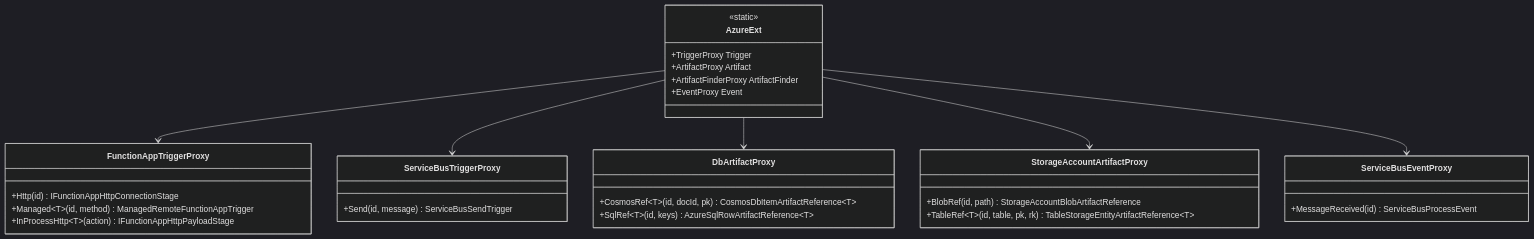
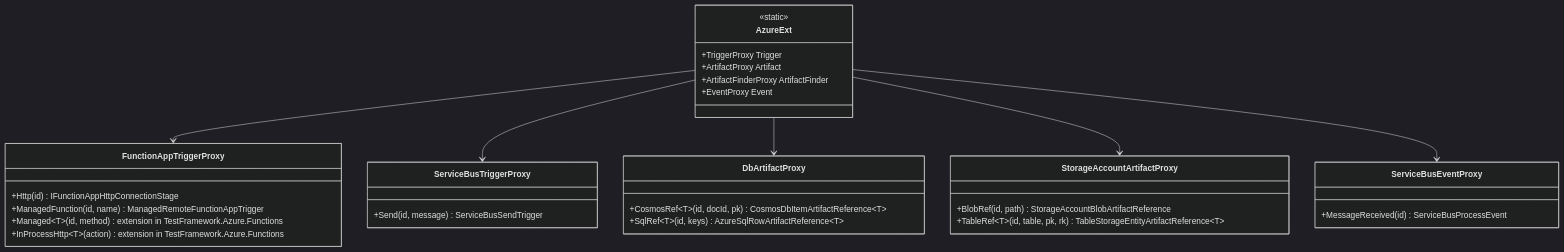
Before and after one commit to DeadMoon0/TestFramework-Azure: the fourth of 17 diagrams in Documentation/Arc42.md, drawn with Mermaid (dark theme). The commit also changed other lines of this file and 6 other files, not shown here.

Commit message:
Release workflow and docs for TestFramework.Azure.Functions

````diff
--- a/Documentation/Arc42.md
+++ b/Documentation/Arc42.md
@@ -218,34 +223,35 @@
 ```mermaid
 classDiagram
     class AzureExt {
         <<static>>
         +TriggerProxy Trigger
         +ArtifactProxy Artifact
         +ArtifactFinderProxy ArtifactFinder
         +EventProxy Event
     }
     class FunctionAppTriggerProxy {
         +Http(id) IFunctionAppHttpConnectionStage
-        +Managed~T~(id, method) ManagedRemoteFunctionAppTrigger
-        +InProcessHttp~T~(action) IFunctionAppHttpPayloadStage
+        +ManagedFunction(id, name) ManagedRemoteFunctionAppTrigger
+        +Managed~T~(id, method) extension in TestFramework.Azure.Functions
+        +InProcessHttp~T~(action) extension in TestFramework.Azure.Functions
     }
     class ServiceBusTriggerProxy {
         +Send(id, message) ServiceBusSendTrigger
     }
     class DbArtifactProxy {
         +CosmosRef~T~(id, docId, pk) CosmosDbItemArtifactReference~T~
         +SqlRef~T~(id, keys) AzureSqlRowArtifactReference~T~
     }
     class StorageAccountArtifactProxy {
         +BlobRef(id, path) StorageAccountBlobArtifactReference
         +TableRef~T~(id, table, pk, rk) TableStorageEntityArtifactReference~T~
     }
     class ServiceBusEventProxy {
         +MessageReceived(id) ServiceBusProcessEvent
     }
     AzureExt --> FunctionAppTriggerProxy
     AzureExt --> ServiceBusTriggerProxy
     AzureExt --> DbArtifactProxy
     AzureExt --> StorageAccountArtifactProxy
     AzureExt --> ServiceBusEventProxy
 ```
````
